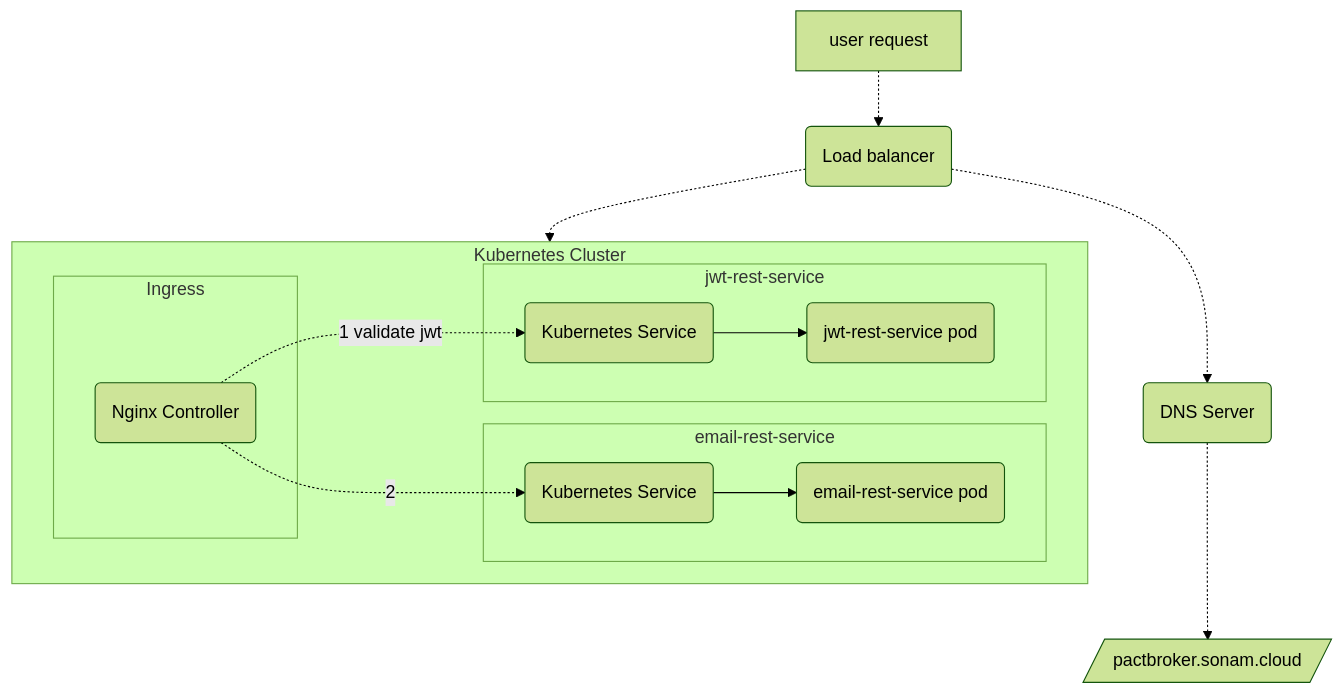
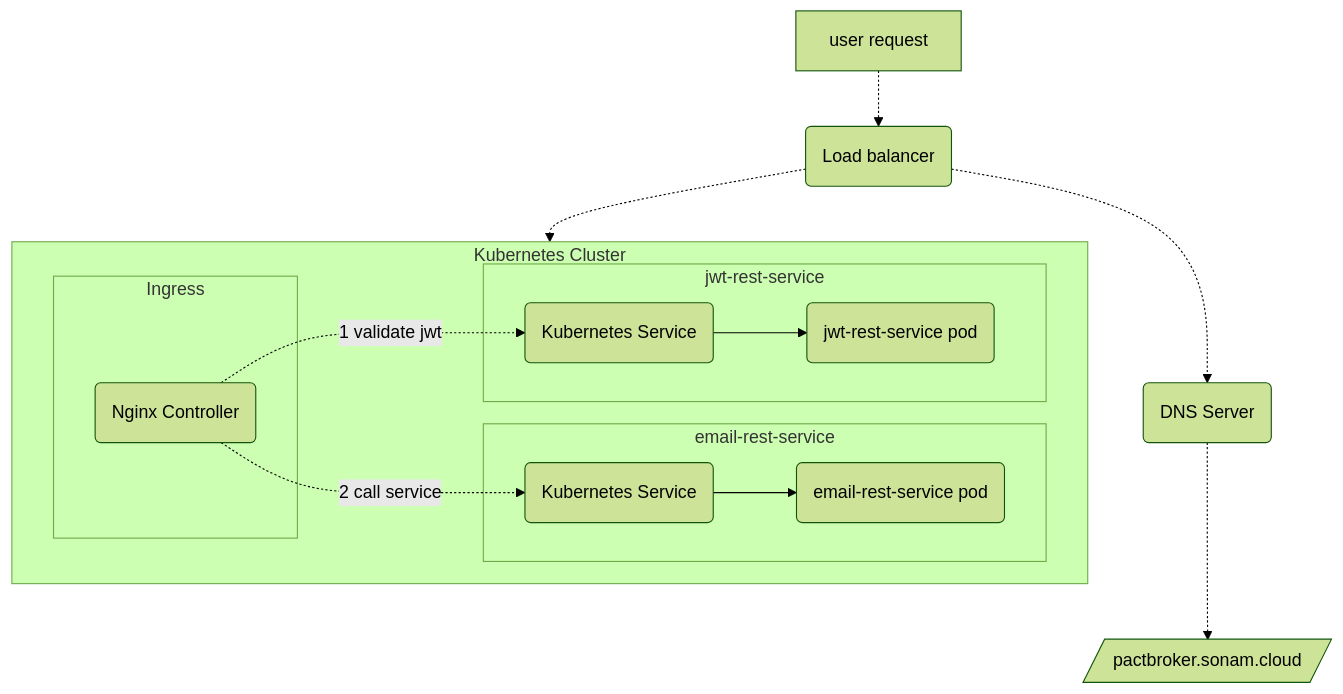
Before and after one commit to sonamsamdupkhangsar/sonamsamdupkhangsar.github.io: the first of 4 diagrams in README.md, drawn with Mermaid (forest theme).

Commit message:
add jwt-rest-service

````diff
--- a/README.md
+++ b/README.md
@@ -12,23 +12,23 @@
 ```mermaid
 flowchart TD
     A[user request] -.-> B(Load balancer)
     B -.-> C(DNS Server)
     C -.-> D[/pactbroker.sonam.cloud/]
     subgraph k8[Kubernetes Cluster]
     subgraph ingress[Ingress]
     F(Nginx Controller)
     end
     subgraph app[email-rest-service]
     G(Kubernetes Service)
     G --> H(email-rest-service pod)
     end    
     subgraph jwt[jwt-rest-service]
     I(Kubernetes Service)
     I --> J(jwt-rest-service pod)
     end    
     end
-    F -. 2  .-> G
+    F -. 2 call service .-> G
     F -. 1 validate jwt .-> I
     B -.-> k8
     
 ```
````
